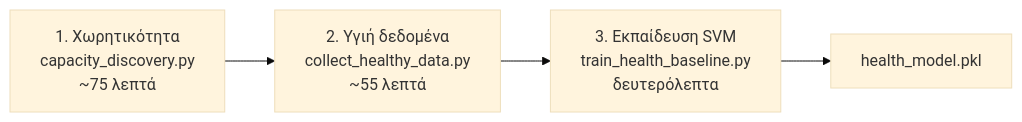
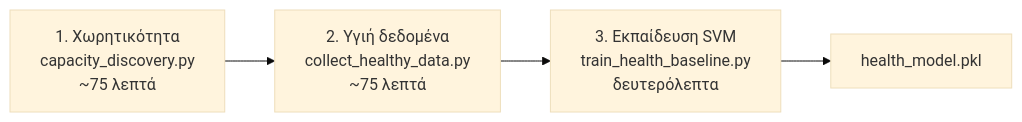
Before and after one commit to Ichalvatz/Autonomous-System-Resource-Management-Using-Multi-Agent-Systems: the second of 7 diagrams in thesis_notes/presentation.md, drawn with Mermaid (base theme). The commit also changed other lines of this file and 298 other files, not shown here.

````diff
--- a/thesis_notes/presentation.md
+++ b/thesis_notes/presentation.md
@@ -50,6 +48,6 @@
 ```mermaid
 flowchart LR
-    C["1. Χωρητικότητα<br/>capacity_discovery.py<br/>~75 λεπτά"] --> H["2. Υγιή δεδομένα<br/>collect_healthy_data.py<br/>~55 λεπτά"]
+    C["1. Χωρητικότητα<br/>capacity_discovery.py<br/>~75 λεπτά"] --> H["2. Υγιή δεδομένα<br/>collect_healthy_data.py<br/>~75 λεπτά"]
     H --> T["3. Εκπαίδευση SVM<br/>train_health_baseline.py<br/>δευτερόλεπτα"]
     T --> K["health_model.pkl"]
 ```
````
